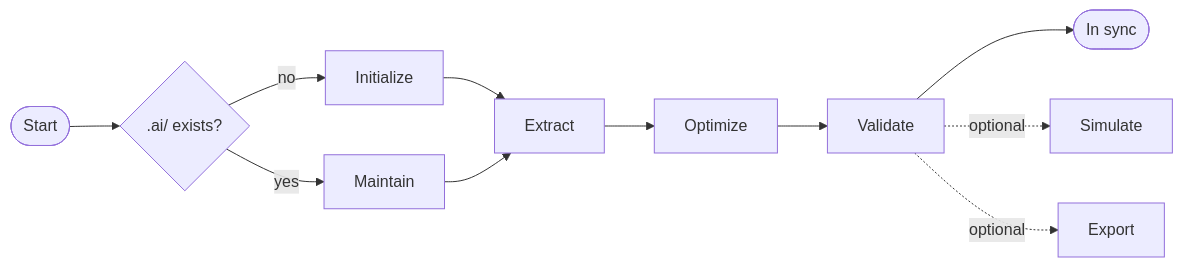
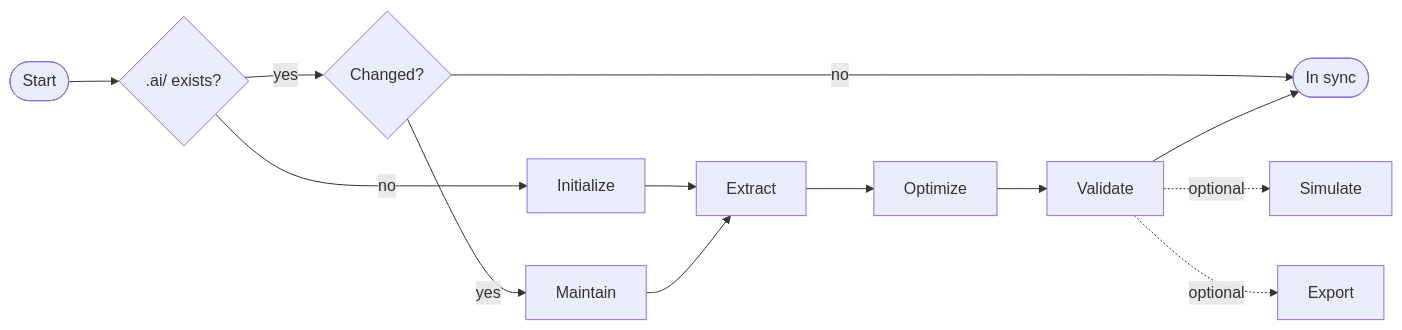
Before and after one commit to duelistraj/token-atlas: the diagram in README.md, drawn with Mermaid. The commit also changed other lines of this file and 39 other files, not shown here.

````diff
--- a/README.md
+++ b/README.md
@@ -72,11 +85,13 @@
 ```mermaid
 flowchart LR
     Start([Start]) --> Exists{".ai/ exists?"}
     Exists -- no --> Initialize
-    Exists -- yes --> Maintain
+    Exists -- yes --> Closeout{Changed?}
     Initialize --> Extract
+    Closeout -- no --> Done
+    Closeout -- yes --> Maintain
     Maintain --> Extract
     Extract --> Optimize --> Validate --> Done([In sync])
     Validate -. optional .-> Simulate
     Validate -. optional .-> Export
 ```
````
